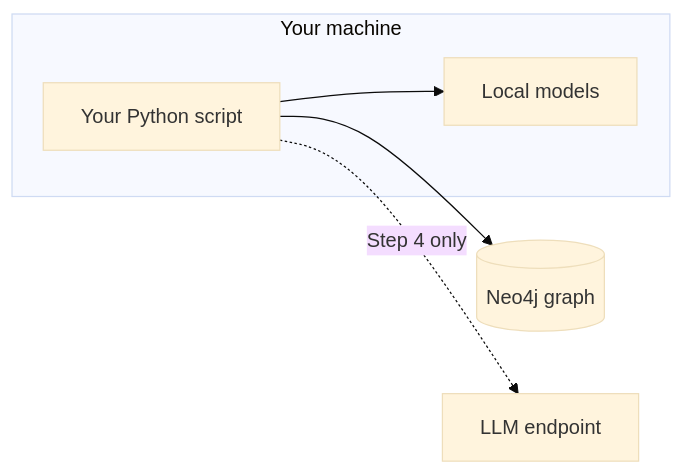
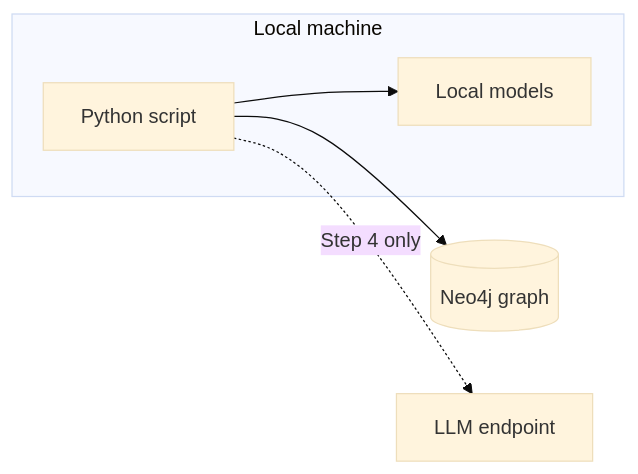
One commit to ontogr/agentic-graphrag changed the diagram in docs/docs/get-started/quickstart.mdx. Above: the diagram before and after it, drawn with Mermaid (base theme). The commit also changed 1 other file, not shown here.

Commit message:
docs: tighten the introduction and quickstart wording

````diff
--- a/docs/docs/get-started/quickstart.mdx
+++ b/docs/docs/get-started/quickstart.mdx
@@ -22,12 +22,12 @@
 ```mermaid
 flowchart LR
-    subgraph you[Your machine]
-        script[Your Python script]
+    subgraph you[Local machine]
+        script[Python script]
         models[Local models]
     end
     db[(Neo4j graph)]
     llm[LLM endpoint]
     script --> models
     script --> db
     script -.->|Step 4 only| llm
 ```
````
